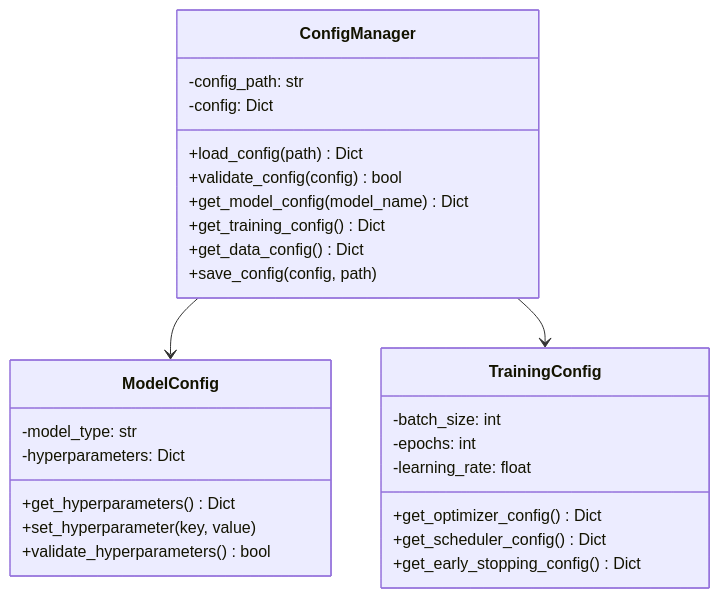
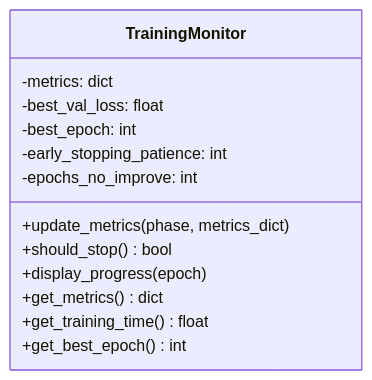
Before and after one commit to cluster2600/ELVIS: the seventh of 9 diagrams in docs/training.md, drawn with Mermaid. The commit also changed other lines of this file and 60 other files, not shown here.

````diff
--- a/docs/training.md
+++ b/docs/training.md
@@ -409,33 +321,16 @@
 ```mermaid
 classDiagram
-    class ConfigManager {
-        -config_path: str
-        -config: Dict
-        +load_config(path) Dict
-        +validate_config(config) bool
-        +get_model_config(model_name) Dict
-        +get_training_config() Dict
-        +get_data_config() Dict
-        +save_config(config, path)
+    class TrainingMonitor {
+        -metrics: dict
+        -best_val_loss: float
+        -best_epoch: int
+        -early_stopping_patience: int
+        -epochs_no_improve: int
+        +update_metrics(phase, metrics_dict)
+        +should_stop() bool
+        +display_progress(epoch)
+        +get_metrics() dict
+        +get_training_time() float
+        +get_best_epoch() int
     }
-    
-    class ModelConfig {
-        -model_type: str
-        -hyperparameters: Dict
-        +get_hyperparameters() Dict
-        +set_hyperparameter(key, value)
-        +validate_hyperparameters() bool
-    }
-    
-    class TrainingConfig {
-        -batch_size: int
-        -epochs: int
-        -learning_rate: float
-        +get_optimizer_config() Dict
-        +get_scheduler_config() Dict
-        +get_early_stopping_config() Dict
-    }
-    
-    ConfigManager --> ModelConfig
-    ConfigManager --> TrainingConfig
 ```
````
